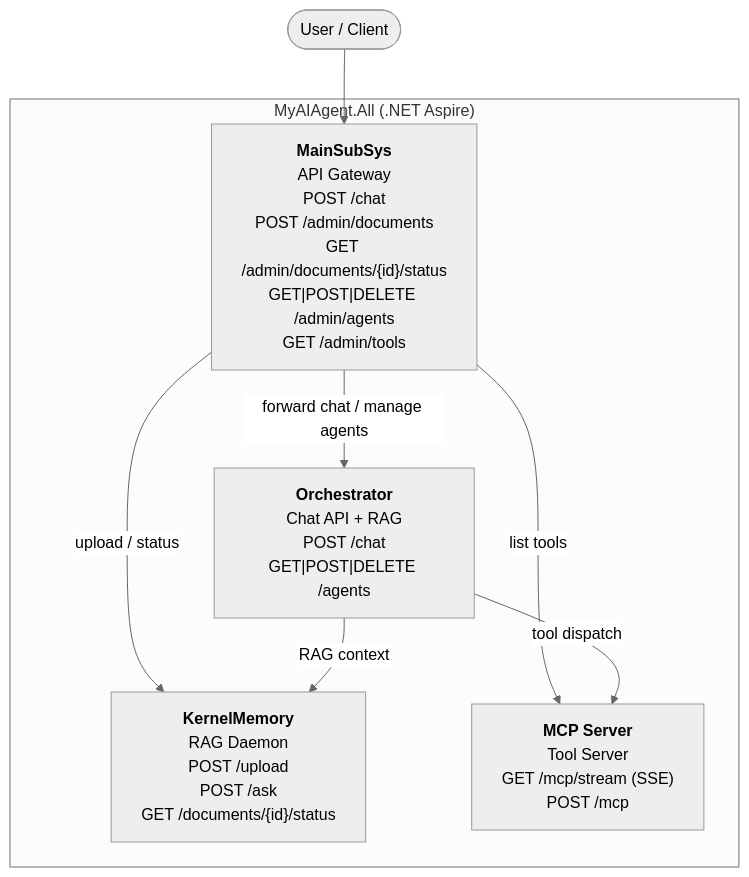
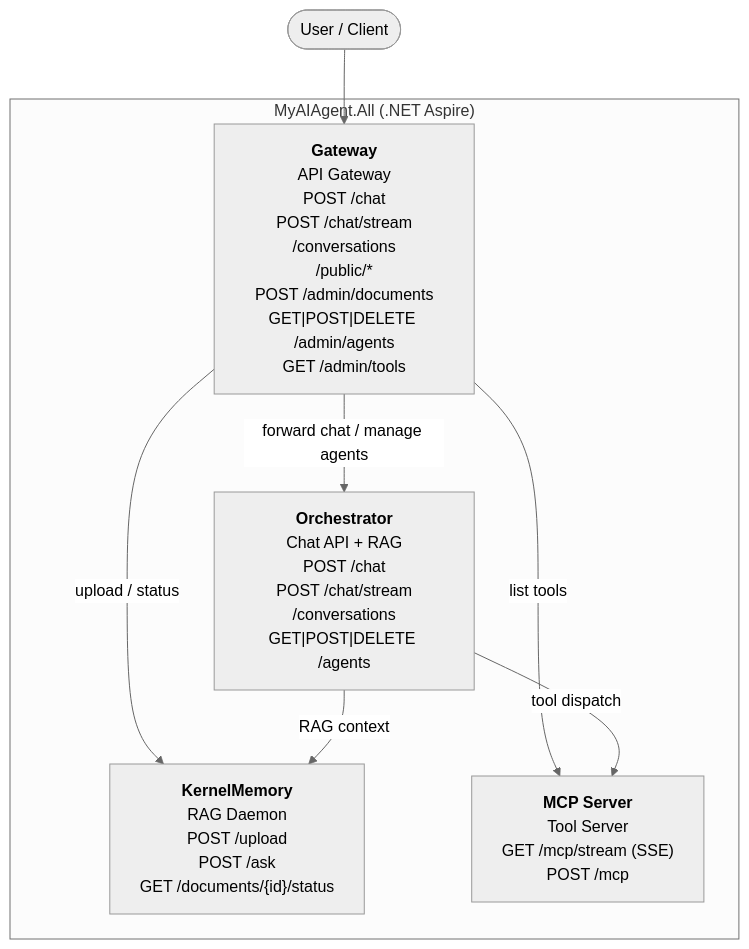
The first of 2 diagrams in README.md (khuongpham1995/MyAIAgent), drawn with Mermaid (neutral theme) before and after one commit. The commit also changed other lines of this file and 242 other files, not shown here.

First line of the commit message:
feat(chat): add streaming conversations and Azure persistence

````diff
--- a/README.md
+++ b/README.md
@@ -39,23 +39,23 @@
 ```mermaid
 graph TD
     User(["User / Client"])
 
     subgraph Aspire ["MyAIAgent.All (.NET Aspire)"]
-        MainSubSys["<b>MainSubSys</b><br/>API Gateway<br/>POST /chat<br/>POST /admin/documents<br/>GET /admin/documents/{id}/status<br/>GET|POST|DELETE /admin/agents<br/>GET /admin/tools"]
+        Gateway["<b>Gateway</b><br/>API Gateway<br/>POST /chat<br/>POST /chat/stream<br/>/conversations<br/>/public/*<br/>POST /admin/documents<br/>GET|POST|DELETE /admin/agents<br/>GET /admin/tools"]
 
-        Orchestrator["<b>Orchestrator</b><br/>Chat API + RAG<br/>POST /chat<br/>GET|POST|DELETE /agents"]
+        Orchestrator["<b>Orchestrator</b><br/>Chat API + RAG<br/>POST /chat<br/>POST /chat/stream<br/>/conversations<br/>GET|POST|DELETE /agents"]
 
         KernelMemory["<b>KernelMemory</b><br/>RAG Daemon<br/>POST /upload<br/>POST /ask<br/>GET /documents/{id}/status"]
 
         McpServer["<b>MCP Server</b><br/>Tool Server<br/>GET /mcp/stream (SSE)<br/>POST /mcp"]
     end
 
-    User --> MainSubSys
+    User --> Gateway
 
-    MainSubSys -- "forward chat / manage agents" --> Orchestrator
-    MainSubSys -- "upload / status" --> KernelMemory
-    MainSubSys -- "list tools" --> McpServer
+    Gateway -- "forward chat / manage agents" --> Orchestrator
+    Gateway -- "upload / status" --> KernelMemory
+    Gateway -- "list tools" --> McpServer
 
     Orchestrator -- "tool dispatch" --> McpServer
     Orchestrator -- "RAG context" --> KernelMemory
 ```
````
